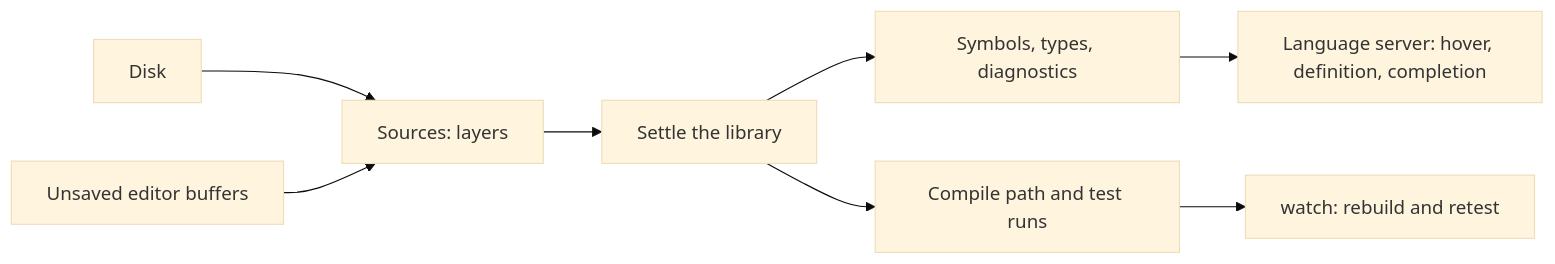
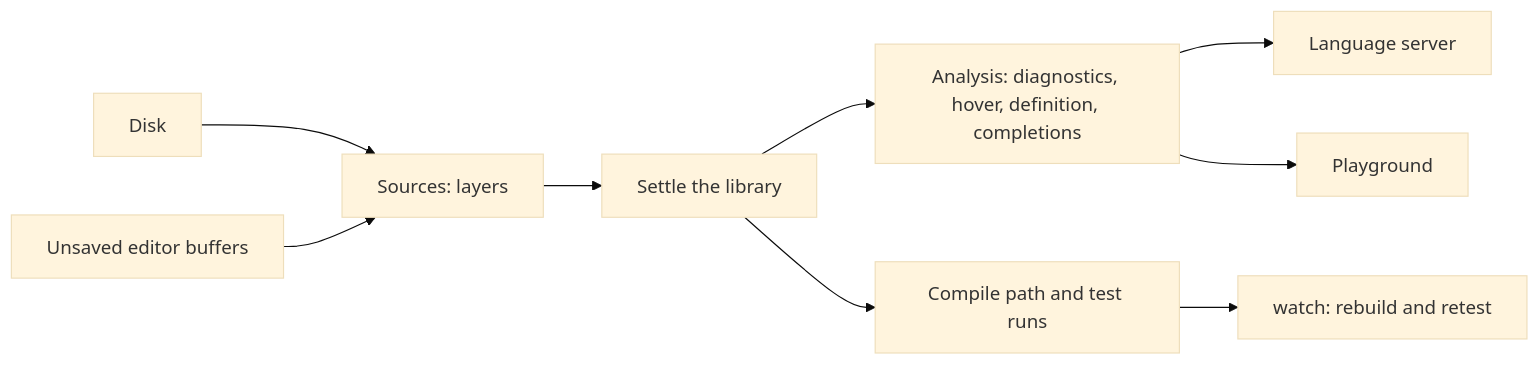
The second of 2 diagrams in docs/internals/08-playground.md (temperlang/tempest), drawn with Mermaid (base theme) before and after one commit. The commit also changed other lines of this file and 9 other files, not shown here.

First line of the commit message:
Add hover, definitions, and completion to the playground

````diff
--- a/docs/internals/08-playground.md
+++ b/docs/internals/08-playground.md
@@ -65,10 +110,11 @@
 ```mermaid
 flowchart LR
   disk["Disk"] --> sources["Sources: layers"]
   buffers["Unsaved editor buffers"] --> sources
   sources --> settle["Settle the library"]
-  settle --> facts["Symbols, types, diagnostics"]
-  facts --> lsp["Language server: hover, definition, completion"]
+  settle --> analysis["Analysis: diagnostics, hover, definition, completions"]
+  analysis --> lsp["Language server"]
+  analysis --> playground["Playground"]
   settle --> compile["Compile path and test runs"]
   compile --> watch["watch: rebuild and retest"]
 ```
````
